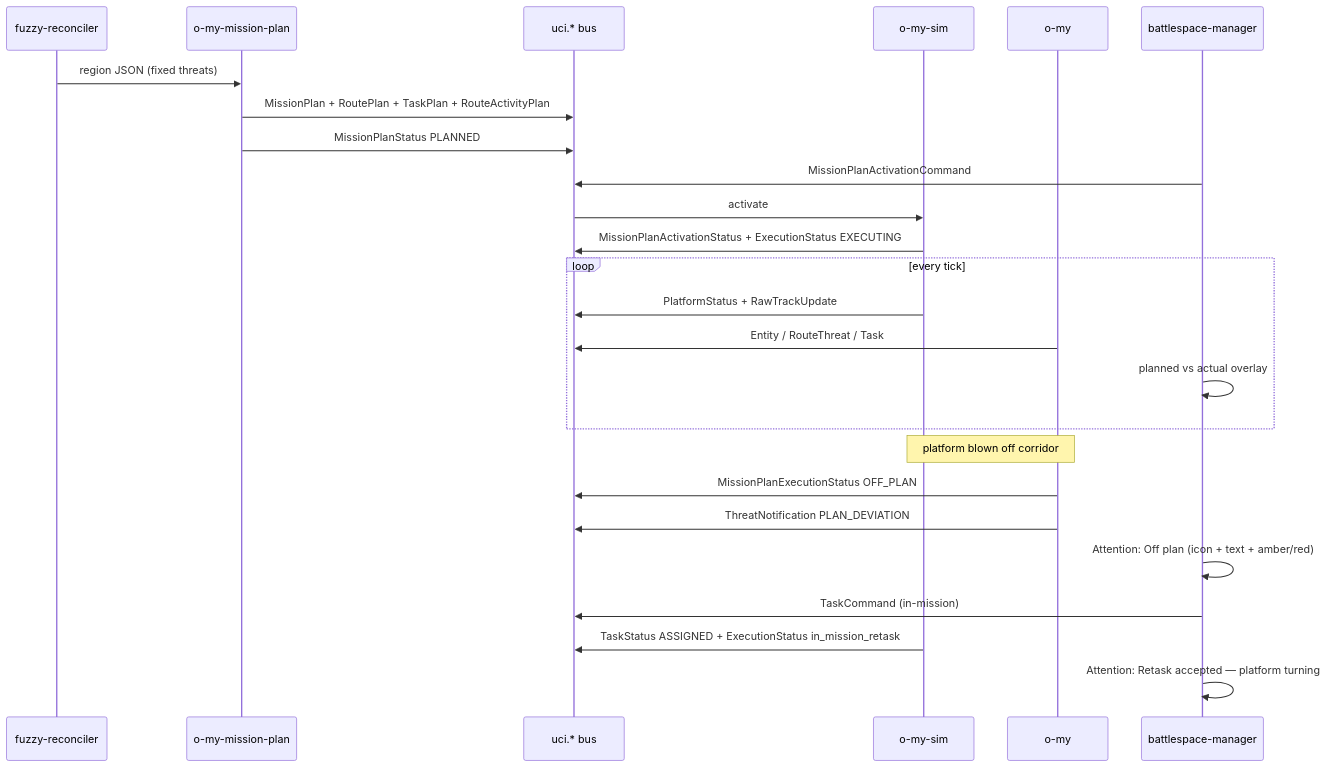
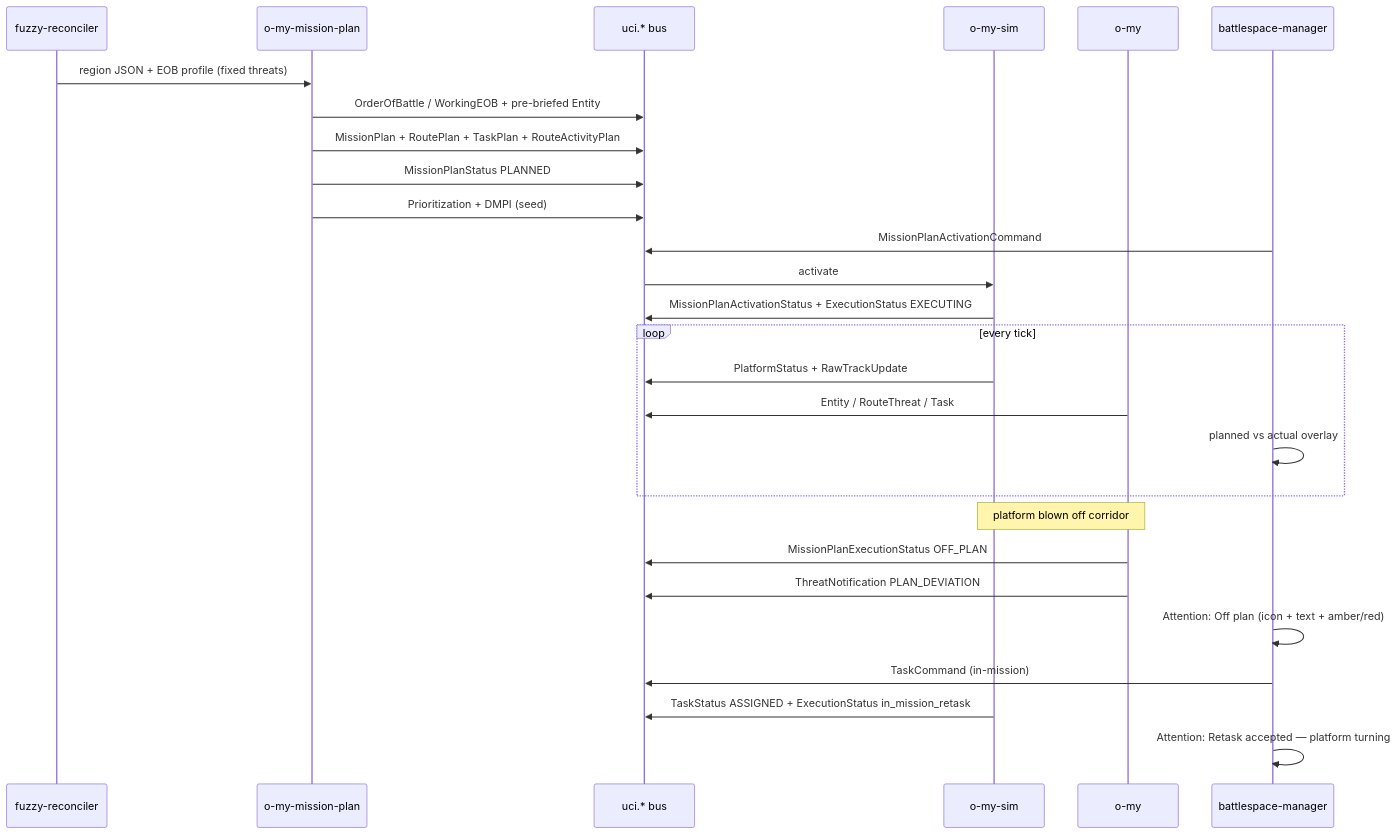
Before and after one commit to mowgli42/o-my-mission-plan: the second of 2 diagrams in docs/ARCHITECTURE.md, drawn with Mermaid. The commit also changed other lines of this file and 7 other files, not shown here.

````diff
--- a/docs/ARCHITECTURE.md
+++ b/docs/ARCHITECTURE.md
@@ -138,28 +138,30 @@
 ```mermaid
 sequenceDiagram
   participant FR as fuzzy-reconciler
   participant MP as o-my-mission-plan
   participant Bus as uci.* bus
   participant Sim as o-my-sim
   participant C2 as o-my
   participant UI as battlespace-manager
 
-  FR->>MP: region JSON (fixed threats)
+  FR->>MP: region JSON + EOB profile (fixed threats)
+  MP->>Bus: OrderOfBattle / WorkingEOB + pre-briefed Entity
   MP->>Bus: MissionPlan + RoutePlan + TaskPlan + RouteActivityPlan
   MP->>Bus: MissionPlanStatus PLANNED
+  MP->>Bus: Prioritization + DMPI (seed)
   UI->>Bus: MissionPlanActivationCommand
   Bus->>Sim: activate
   Sim->>Bus: MissionPlanActivationStatus + ExecutionStatus EXECUTING
   loop every tick
     Sim->>Bus: PlatformStatus + RawTrackUpdate
     C2->>Bus: Entity / RouteThreat / Task
     UI->>UI: planned vs actual overlay
   end
   Note over Sim,C2: platform blown off corridor
   C2->>Bus: MissionPlanExecutionStatus OFF_PLAN
   C2->>Bus: ThreatNotification PLAN_DEVIATION
   UI->>UI: Attention: Off plan (icon + text + amber/red)
   UI->>Bus: TaskCommand (in-mission)
   Sim->>Bus: TaskStatus ASSIGNED + ExecutionStatus in_mission_retask
   UI->>UI: Attention: Retask accepted — platform turning
 ```
````
